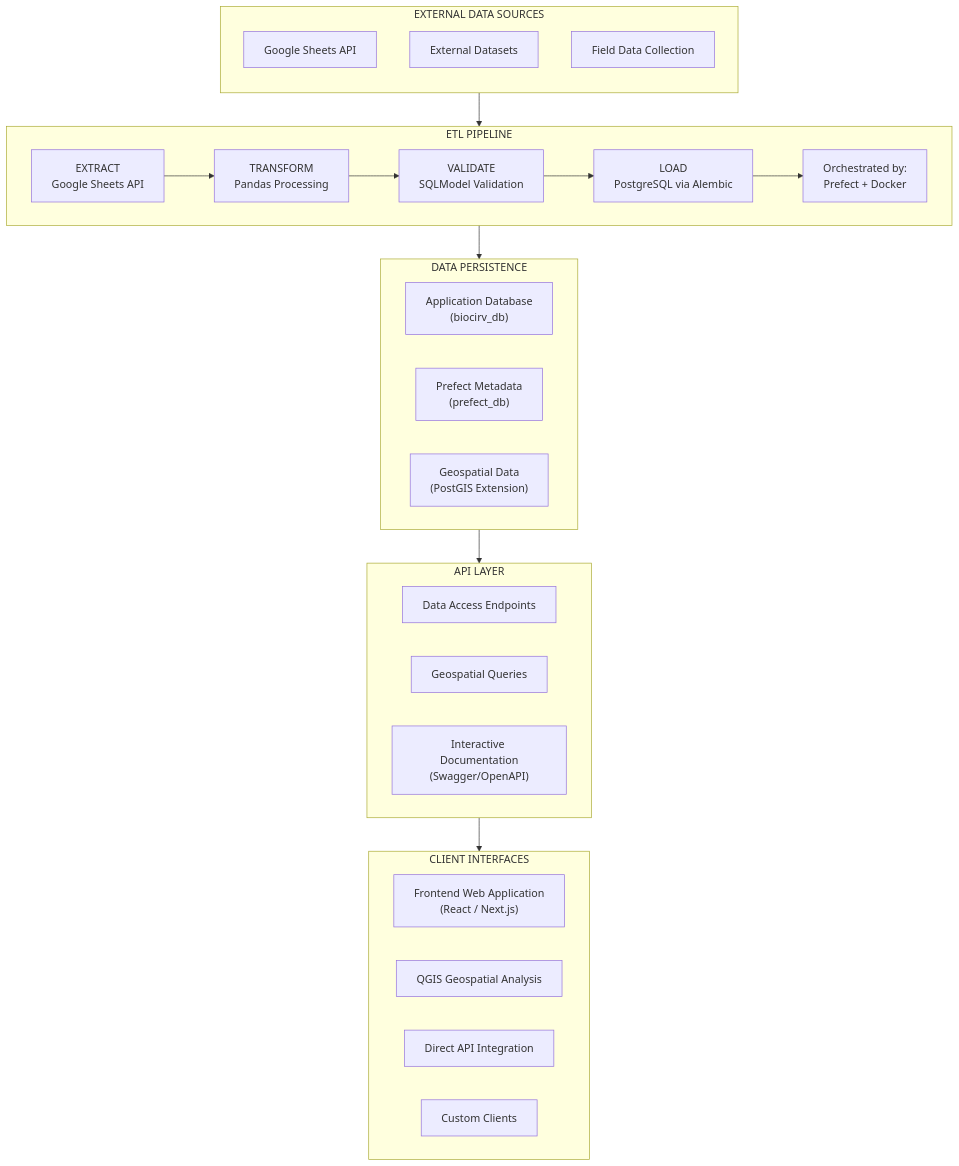
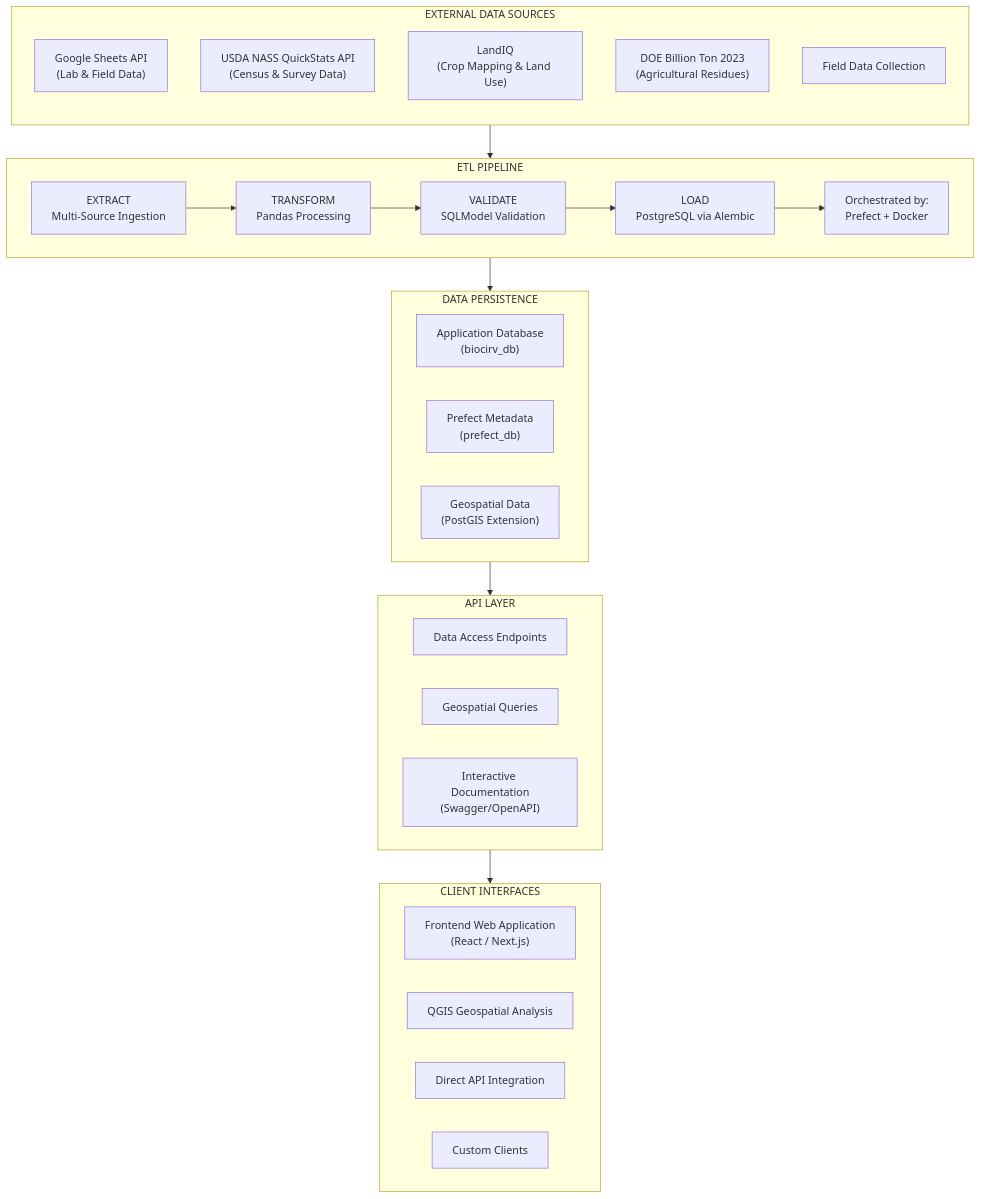
Before and after one commit to uw-ssec/ca-biositing: the diagram in docs/architecture.md, drawn with Mermaid. The commit also changed other lines of this file, not shown here.

Commit message:
docs: update architecture with current models, real API endpoints, and all data sources

````diff
--- a/docs/architecture.md
+++ b/docs/architecture.md
@@ -14,76 +14,78 @@
 ```mermaid
 flowchart TD
 
 
 %% =====================================
 %% 1. EXTERNAL DATA SOURCES (TOP)
 %% =====================================
 
 subgraph EXT["EXTERNAL DATA SOURCES"]
 direction TB
-    EX1["Google Sheets API"]
-    EX2["External Datasets"]
-    EX3["Field Data Collection"]
+    EX1["Google Sheets API<br/>(Lab & Field Data)"]
+    EX2["USDA NASS QuickStats API<br/>(Census & Survey Data)"]
+    EX3["LandIQ<br/>(Crop Mapping & Land Use)"]
+    EX4["DOE Billion Ton 2023<br/>(Agricultural Residues)"]
+    EX5["Field Data Collection"]
 end
 
 EXT --> ETL
 
 
 %% =====================================
 %% 2. ETL PIPELINE
 %% =====================================
 
 subgraph ETL["ETL PIPELINE"]
 direction LR
-    EXTRACT["EXTRACT<br/>Google Sheets API"]
+    EXTRACT["EXTRACT<br/>Multi-Source Ingestion"]
     TRANSFORM["TRANSFORM<br/>Pandas Processing"]
     VALIDATE["VALIDATE<br/>SQLModel Validation"]
     LOAD["LOAD<br/>PostgreSQL via Alembic"]
     ORCH["Orchestrated by:<br/>Prefect + Docker"]
 
     EXTRACT --> TRANSFORM --> VALIDATE --> LOAD --> ORCH
 end
 
 ETL --> DATA
 
 
 %% =====================================
 %% 3. DATA PERSISTENCE
 %% =====================================
 
 subgraph DATA["DATA PERSISTENCE"]
 direction LR
     APPDB["Application Database<br/>(biocirv_db)"]
     PREFECTDB["Prefect Metadata<br/>(prefect_db)"]
     GEO["Geospatial Data<br/>(PostGIS Extension)"]
 end
 
 DATA --> API_LAYER
 
 
 %% =====================================
 %% 4. API LAYER
 %% =====================================
 
 subgraph API_LAYER["API LAYER"]
 direction LR
     ENDPTS["Data Access Endpoints"]
     GEOQ["Geospatial Queries"]
     DOCS["Interactive Documentation<br/>(Swagger/OpenAPI)"]
 end
 
 API_LAYER --> CLIENTS
 
 
 %% =====================================
 %% 5. CLIENT INTERFACES (BOTTOM)
 %% =====================================
 
 subgraph CLIENTS["CLIENT INTERFACES"]
 direction LR
     FE["Frontend Web Application<br/>(React / Next.js)"]
     QGIS["QGIS Geospatial Analysis"]
     DIRECT["Direct API Integration"]
     CUSTOM["Custom Clients"]
 end
 ```
````
